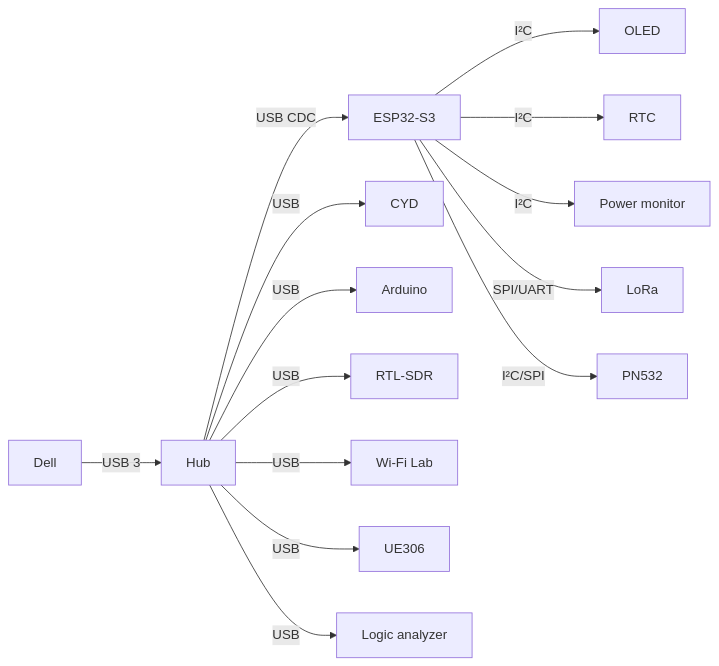
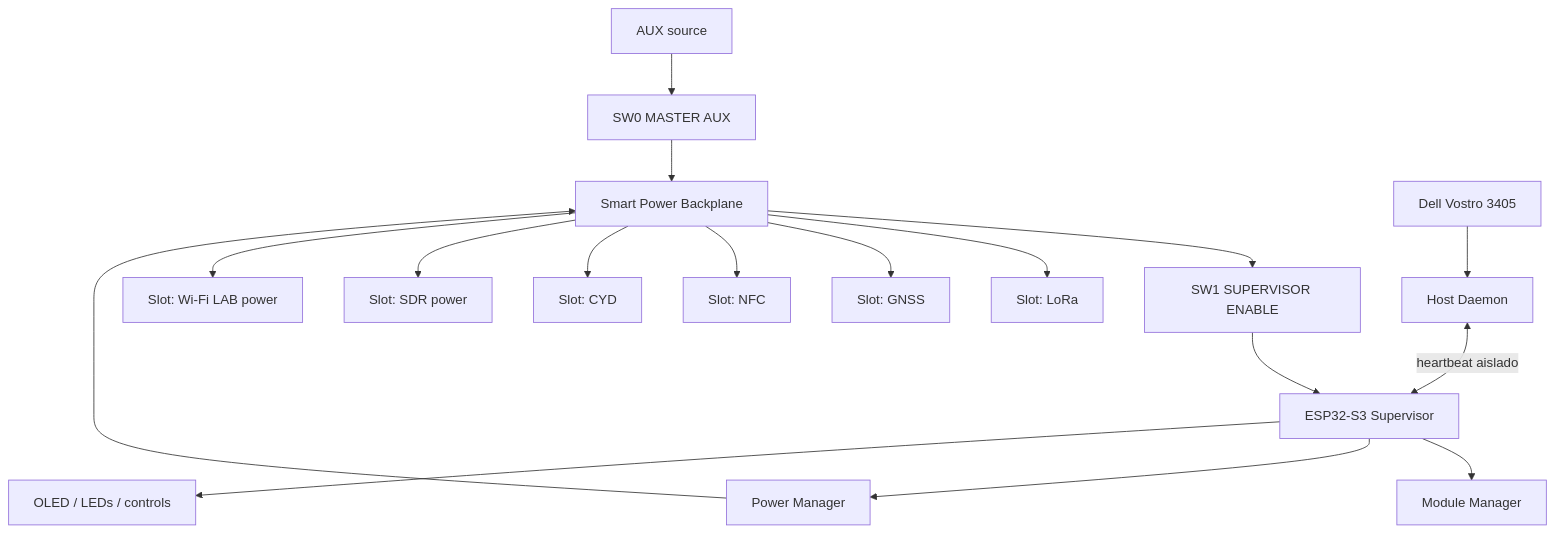
Before and after one commit to Jesus-Medina/Cyberdeck-R5-ESP32: the first of 3 diagrams in docs/02-architecture.md, drawn with Mermaid. The commit also changed other lines of this file, not shown here.

Commit message:
docs: define smart module manager and switched supervisor architecture

````diff
--- a/docs/02-architecture.md
+++ b/docs/02-architecture.md
@@ -131,17 +7,23 @@
 ```mermaid
-flowchart LR
-    PC["Dell"] -->|USB 3| HUB["Hub"]
-    HUB -->|USB CDC| ESP["ESP32-S3"]
-    HUB -->|USB| CYD["CYD"]
-    HUB -->|USB| ARD["Arduino"]
-    HUB -->|USB| SDR["RTL-SDR"]
-    HUB -->|USB| WIFI["Wi-Fi Lab"]
-    HUB -->|USB| ETH["UE306"]
-    HUB -->|USB| LOGIC["Logic analyzer"]
+flowchart TB
+    AUX["AUX source"] --> MA["SW0 MASTER AUX"]
+    MA --> BP["Smart Power Backplane"]
+    BP --> SS["SW1 SUPERVISOR ENABLE"]
+    SS --> ESP["ESP32-S3 Supervisor"]
 
-    ESP -->|I²C| OLED["OLED"]
-    ESP -->|I²C| RTC["RTC"]
-    ESP -->|I²C| INA["Power monitor"]
-    ESP -->|SPI/UART| LORA["LoRa"]
-    ESP -->|I²C/SPI| NFC["PN532"]
+    DELL["Dell Vostro 3405"] --> HOST["Host Daemon"]
+    HOST <-->|heartbeat aislado| ESP
+
+    ESP --> MM["Module Manager"]
+    ESP --> PM["Power Manager"]
+    ESP --> UI["OLED / LEDs / controls"]
+
+    PM --> BP
+
+    BP --> M1["Slot: LoRa"]
+    BP --> M2["Slot: GNSS"]
+    BP --> M3["Slot: NFC"]
+    BP --> M4["Slot: CYD"]
+    BP --> M5["Slot: SDR power"]
+    BP --> M6["Slot: Wi-Fi LAB power"]
 ```
````
